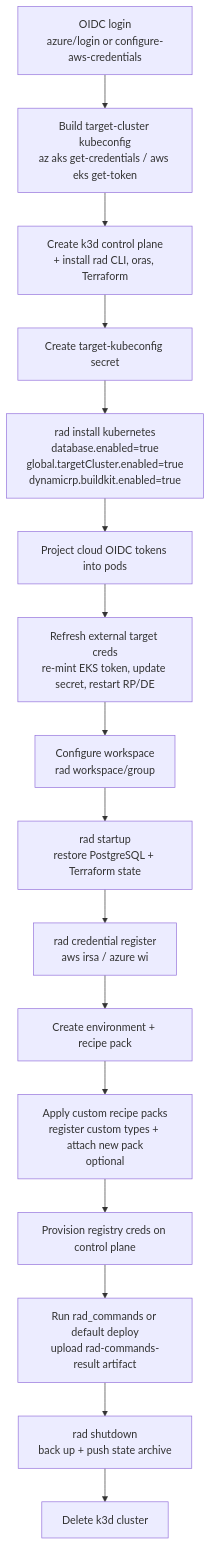
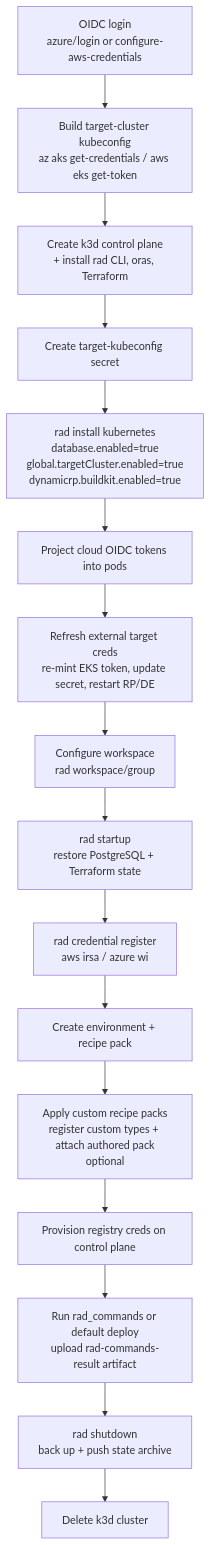
The diagram in eng/design-notes/environments/2026-06-repo-radius-deploy-workflow.md (radius-project/radius), drawn with Mermaid before and after one commit. The commit also changed other lines of this file and 4 other files, not shown here.

Commit message:
fix(workflows): preserve custom recipe packs on redeploy

````diff
--- a/eng/design-notes/environments/2026-06-repo-radius-deploy-workflow.md
+++ b/eng/design-notes/environments/2026-06-repo-radius-deploy-workflow.md
@@ -98,18 +98,18 @@
 ```mermaid
 flowchart TD
     A[OIDC login<br/>azure/login or configure-aws-credentials] --> B[Build target-cluster kubeconfig<br/>az aks get-credentials / aws eks get-token]
     B --> C[Create k3d control plane<br/>+ install rad CLI, oras, Terraform]
     C --> D[Create target-kubeconfig secret]
     D --> E[rad install kubernetes<br/>database.enabled=true<br/>global.targetCluster.enabled=true<br/>dynamicrp.buildkit.enabled=true]
     E --> F[Project cloud OIDC tokens into pods]
     F --> G[Refresh external target creds<br/>re-mint EKS token, update secret, restart RP/DE]
     G --> H[Configure workspace<br/>rad workspace/group]
     H --> I[rad startup<br/>restore PostgreSQL + Terraform state]
     I --> J[rad credential register<br/>aws irsa / azure wi]
     J --> K[Create environment + recipe pack]
-    K --> KA[Apply custom recipe packs<br/>register custom types + attach new pack<br/>optional]
+    K --> KA[Apply custom recipe packs<br/>register custom types + attach authored pack<br/>optional]
     KA --> L[Provision registry creds on control plane]
     L --> M[Run rad_commands or default deploy<br/>upload rad-commands-result artifact]
     M --> N[rad shutdown<br/>back up + push state archive]
     N --> O[Delete k3d cluster]
 ```
````
